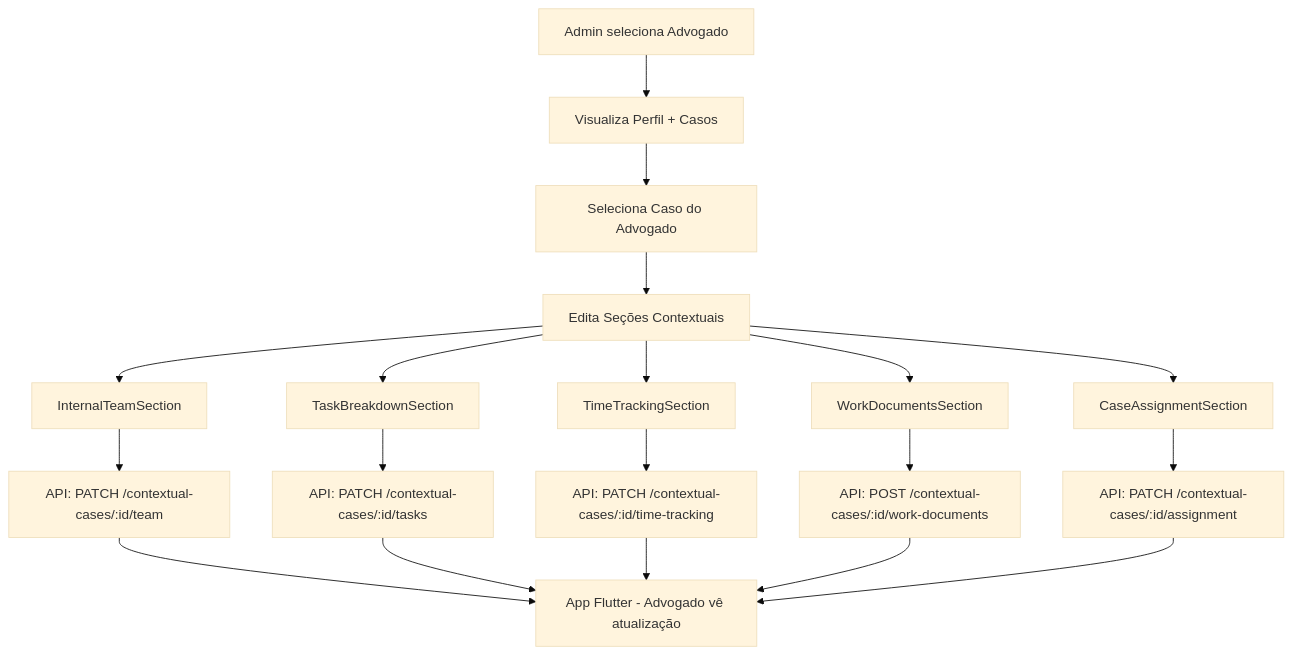
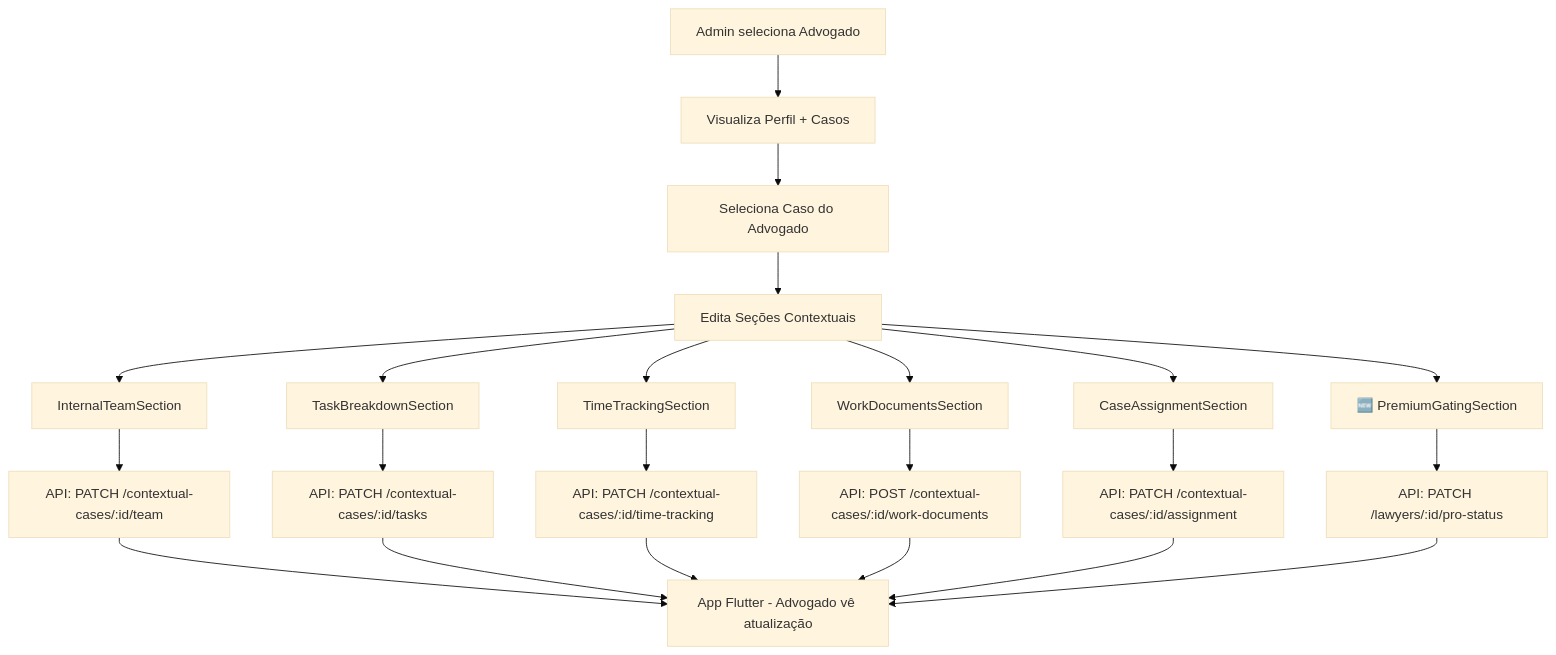
The second of 4 diagrams in docs/CONTROLADORIA_WEB_ADMINISTRATIVA.md (NicholasJacob1990/LITIG), drawn with Mermaid (base theme) before and after one commit. The commit also changed other lines of this file and 363 other files, not shown here.

````diff
--- a/docs/CONTROLADORIA_WEB_ADMINISTRATIVA.md
+++ b/docs/CONTROLADORIA_WEB_ADMINISTRATIVA.md
@@ -384,23 +837,26 @@
 ```mermaid
 graph TD
     A[Admin seleciona Advogado] --> B[Visualiza Perfil + Casos]
     B --> C[Seleciona Caso do Advogado]
     C --> D[Edita Seções Contextuais]
     D --> E[InternalTeamSection]
     D --> F[TaskBreakdownSection]
     D --> G[TimeTrackingSection]
     D --> H[WorkDocumentsSection]
     D --> I[CaseAssignmentSection]
+    D --> J[🆕 PremiumGatingSection]
     
-    E --> J[API: PATCH /contextual-cases/:id/team]
-    F --> K[API: PATCH /contextual-cases/:id/tasks]
-    G --> L[API: PATCH /contextual-cases/:id/time-tracking]
-    H --> M[API: POST /contextual-cases/:id/work-documents]
-    I --> N[API: PATCH /contextual-cases/:id/assignment]
+    E --> K[API: PATCH /contextual-cases/:id/team]
+    F --> L[API: PATCH /contextual-cases/:id/tasks]
+    G --> M[API: PATCH /contextual-cases/:id/time-tracking]
+    H --> N[API: POST /contextual-cases/:id/work-documents]
+    I --> O[API: PATCH /contextual-cases/:id/assignment]
+    J --> P[API: PATCH /lawyers/:id/pro-status]
     
-    J --> O[App Flutter - Advogado vê atualização]
-    K --> O
-    L --> O
-    M --> O
-    N --> O
+    K --> Q[App Flutter - Advogado vê atualização]
+    L --> Q
+    M --> Q
+    N --> Q
+    O --> Q
+    P --> Q
 ```
````
